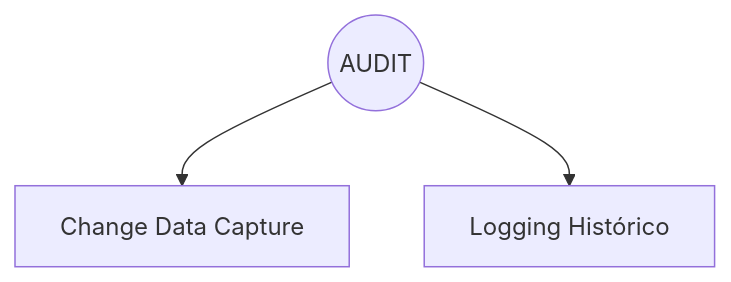
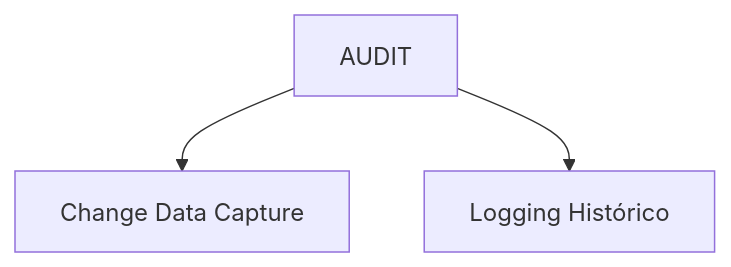
Diagram 11 of 12 in README.md (rraulherediaa/PracticasEstructurasDatos), drawn with Mermaid before and after one commit. The commit also changed other lines of this file, not shown here.

````diff
--- a/README.md
+++ b/README.md
@@ -106,5 +186,5 @@
 ```mermaid
 flowchart TD
-    Sec(("AUDIT"))
+    Sec["AUDIT"]
     Sec --> CDC["Change Data Capture"] & Logs["Logging Histórico"]
 ```
````
